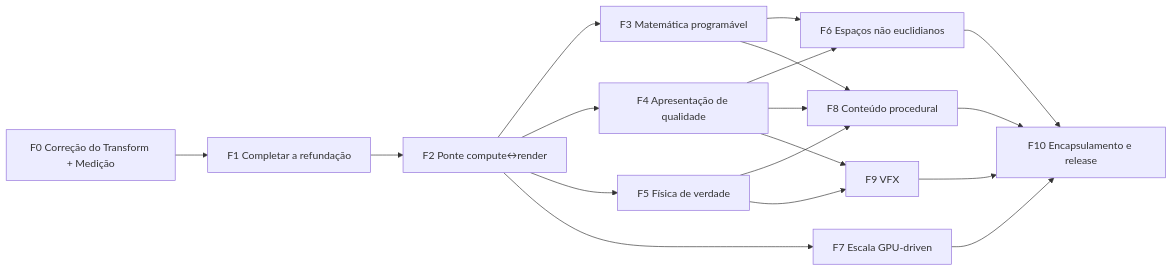
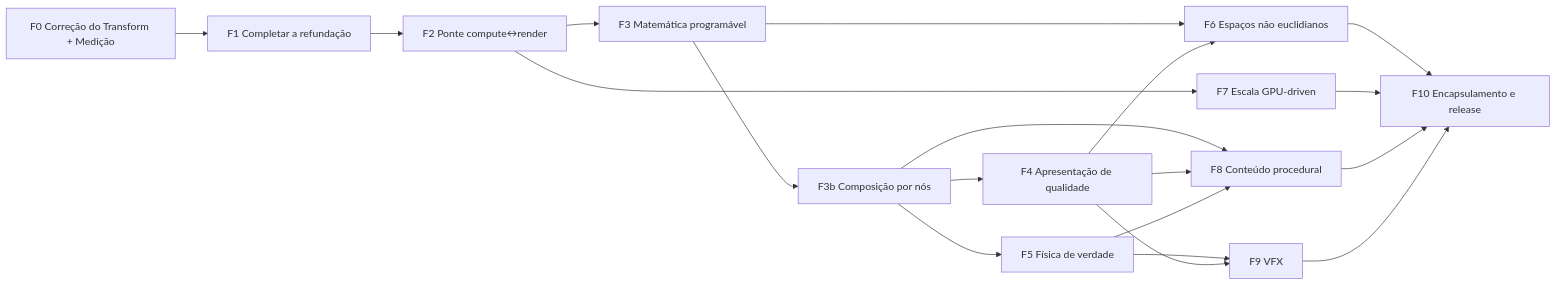
The second of 2 diagrams in specs/ROADMAP.md (dantasgut/clayflow), drawn with Mermaid before and after one commit. The commit also changed other lines of this file and 3 other files, not shown here.

First line of the commit message:
spec(031): composição por grafos de nós e contratos de shader estruturados; fase F3b no ROADMAP

````diff
--- a/specs/ROADMAP.md
+++ b/specs/ROADMAP.md
@@ -271,20 +271,21 @@
 ```mermaid
 graph LR
   F0[F0 Correção do Transform + Medição] --> F1[F1 Completar a refundação]
   F1 --> F2[F2 Ponte compute↔render]
   F2 --> F3[F3 Matemática programável]
-  F2 --> F4[F4 Apresentação de qualidade]
-  F2 --> F5[F5 Física de verdade]
+  F3 --> F3b[F3b Composição por nós]
+  F3b --> F4[F4 Apresentação de qualidade]
+  F3b --> F5[F5 Física de verdade]
   F3 --> F6[F6 Espaços não euclidianos]
   F4 --> F6
   F2 --> F7[F7 Escala GPU-driven]
-  F3 --> F8[F8 Conteúdo procedural]
+  F3b --> F8[F8 Conteúdo procedural]
   F4 --> F8
   F5 --> F8
   F5 --> F9[F9 VFX]
   F4 --> F9
   F6 --> F10[F10 Encapsulamento e release]
   F7 --> F10
   F8 --> F10
   F9 --> F10
 ```
````
